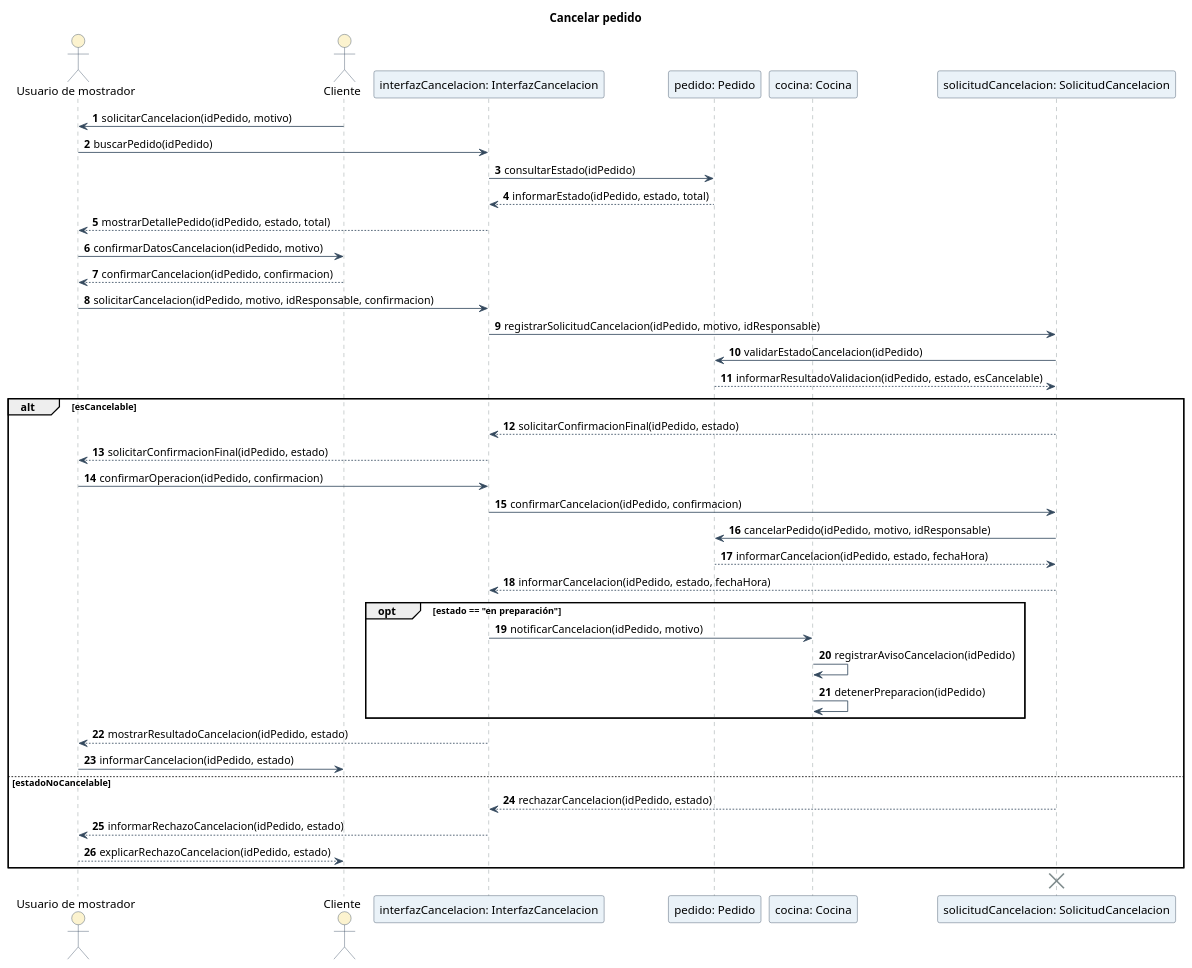
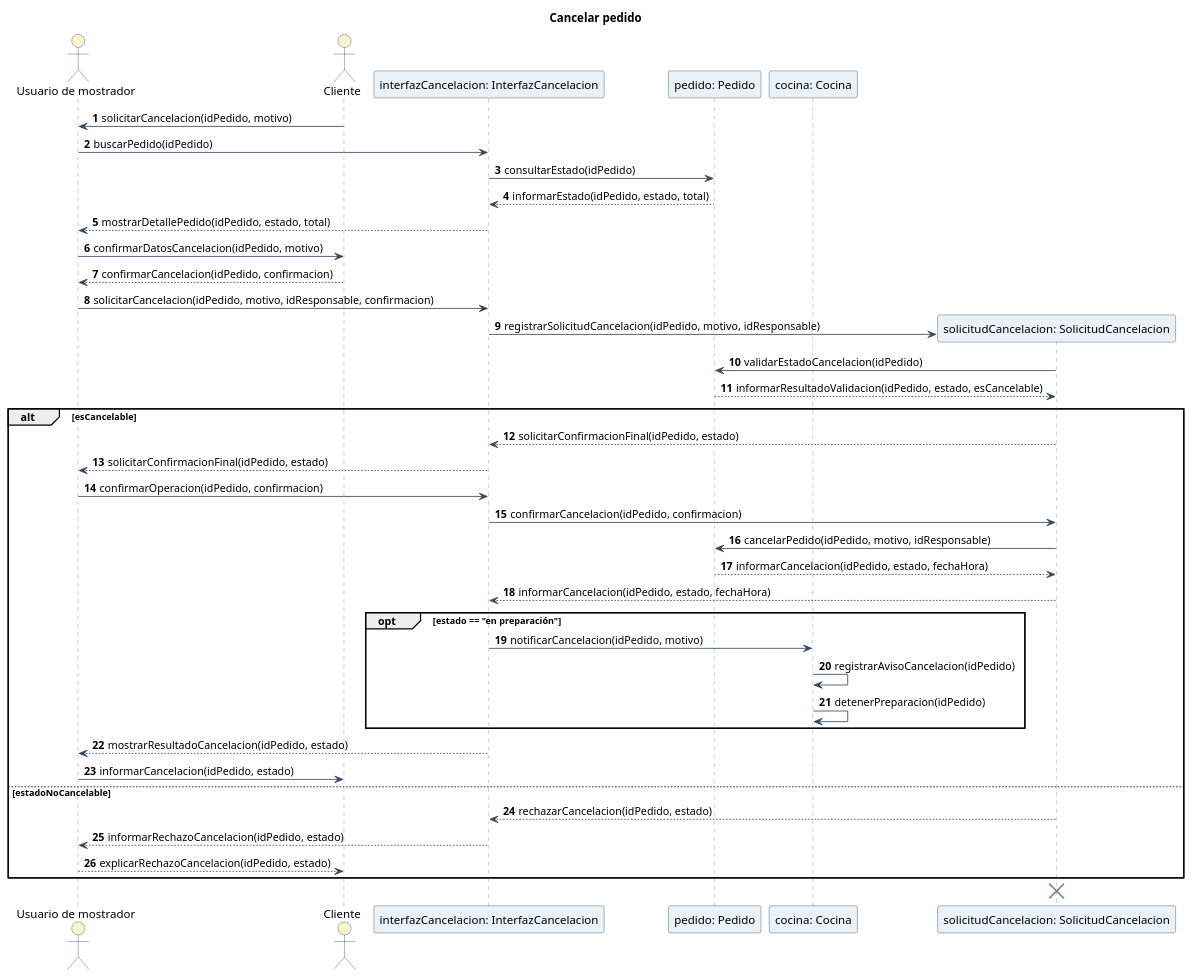
One commit to lucasmengarelli3/SistemaPedidos changed the diagram in diagramas/05-diagramas-secuencia/05-secuencia-cancelar-pedido-flujo-excepcion-03.puml. Above: the diagram before and after it, drawn with PlantUML. The commit also changed 12 other files, not shown here.

Commit message:
fix(a3): corregir observaciones estructurales en diagramas de secuencia y actualizar trazabilidad de IA

```diff
--- a/diagramas/05-diagramas-secuencia/05-secuencia-cancelar-pedido-flujo-excepcion-03.puml
+++ b/diagramas/05-diagramas-secuencia/05-secuencia-cancelar-pedido-flujo-excepcion-03.puml
@@ -1,63 +1,65 @@
 @startuml
 title Cancelar pedido
 
 skinparam shadowing false
 skinparam sequence {
     ArrowColor #34495E
     LifeLineBorderColor #7F8C8D
     LifeLineBackgroundColor #F8F9F9
     ParticipantBorderColor #34495E
     ParticipantBackgroundColor #EAF2F8
     ActorBorderColor #34495E
     ActorBackgroundColor #FCF3CF
     BoxBorderColor #85929E
     BoxBackgroundColor #F8F9F9
 }
 
 autonumber
 
 actor "Usuario de mostrador" as usuario
 actor "Cliente" as cliente
 participant "interfazCancelacion: InterfazCancelacion" as interfaz
 participant "pedido: Pedido" as pedido
 participant "cocina: Cocina" as cocina
 participant "solicitudCancelacion: SolicitudCancelacion" as solicitud
 
 cliente -> usuario : solicitarCancelacion(idPedido, motivo)
 usuario -> interfaz : buscarPedido(idPedido)
 interfaz -> pedido : consultarEstado(idPedido)
 pedido --> interfaz : informarEstado(idPedido, estado, total)
 interfaz --> usuario : mostrarDetallePedido(idPedido, estado, total)
 
 usuario -> cliente : confirmarDatosCancelacion(idPedido, motivo)
 cliente --> usuario : confirmarCancelacion(idPedido, confirmacion)
 usuario -> interfaz : solicitarCancelacion(idPedido, motivo, idResponsable, confirmacion)
+
+create solicitud
 interfaz -> solicitud : registrarSolicitudCancelacion(idPedido, motivo, idResponsable)
 solicitud -> pedido : validarEstadoCancelacion(idPedido)
 pedido --> solicitud : informarResultadoValidacion(idPedido, estado, esCancelable)
 
 alt esCancelable
     solicitud --> interfaz : solicitarConfirmacionFinal(idPedido, estado)
     interfaz --> usuario : solicitarConfirmacionFinal(idPedido, estado)
     usuario -> interfaz : confirmarOperacion(idPedido, confirmacion)
     interfaz -> solicitud : confirmarCancelacion(idPedido, confirmacion)
     solicitud -> pedido : cancelarPedido(idPedido, motivo, idResponsable)
     pedido --> solicitud : informarCancelacion(idPedido, estado, fechaHora)
     solicitud --> interfaz : informarCancelacion(idPedido, estado, fechaHora)
 
     opt estado == "en preparación"
         interfaz -> cocina : notificarCancelacion(idPedido, motivo)
         cocina -> cocina : registrarAvisoCancelacion(idPedido)
         cocina -> cocina : detenerPreparacion(idPedido)
     end
 
     interfaz --> usuario : mostrarResultadoCancelacion(idPedido, estado)
     usuario -> cliente : informarCancelacion(idPedido, estado)
 else estadoNoCancelable
     solicitud --> interfaz : rechazarCancelacion(idPedido, estado)
     interfaz --> usuario : informarRechazoCancelacion(idPedido, estado)
     usuario --> cliente : explicarRechazoCancelacion(idPedido, estado)
 end
 
 destroy solicitud
 @enduml
```
